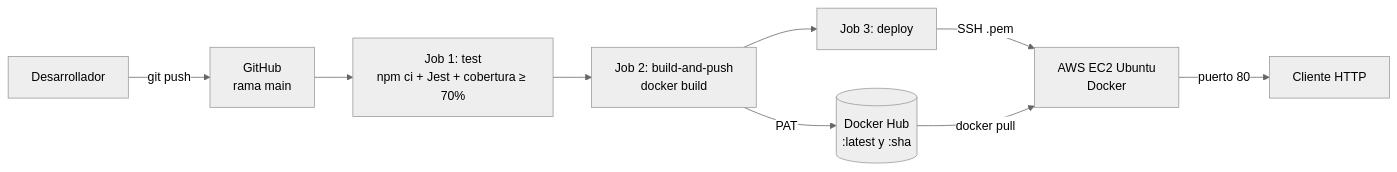
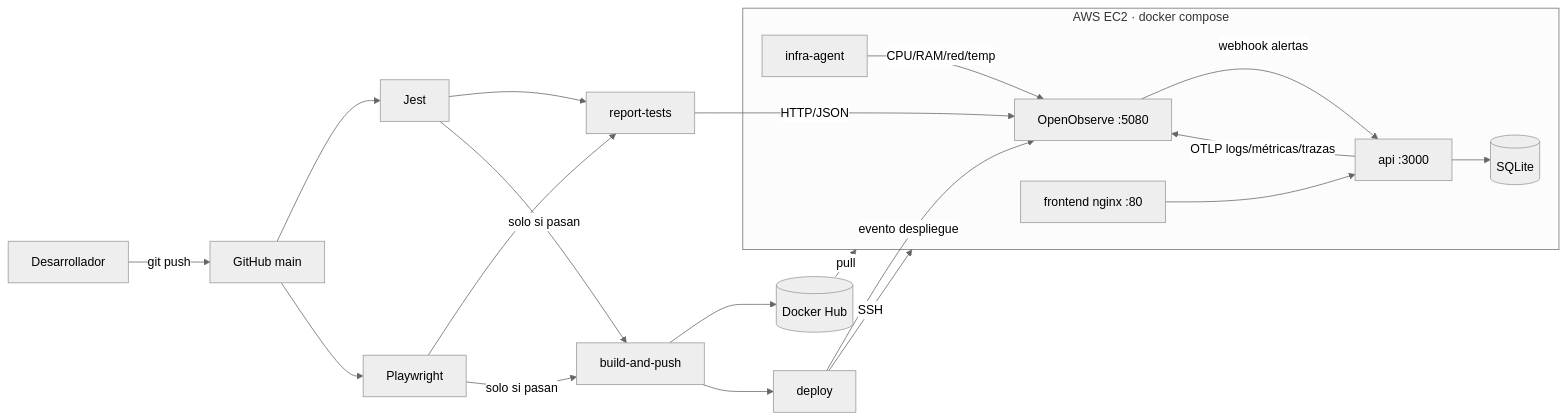
Before and after one commit to AlanLM18/proyecto: the diagram in README.md, drawn with Mermaid (neutral theme). The commit also changed other lines of this file and 41 other files, not shown here.

First line of the commit message:
Parcial 2: frontend, Playwright, OpenTelemetry y OpenObserve

````diff
--- a/README.md
+++ b/README.md
@@ -15,11 +19,16 @@
 ```mermaid
 flowchart LR
-    Dev[Desarrollador] -- git push --> GH[GitHub<br/>rama main]
-    GH --> CI[Job 1: test<br/>npm ci + Jest + cobertura ≥ 70%]
-    CI --> BP[Job 2: build-and-push<br/>docker build]
-    BP -- PAT --> DH[(Docker Hub<br/>:latest y :sha)]
-    BP --> CD[Job 3: deploy]
-    CD -- SSH .pem --> EC2[AWS EC2 Ubuntu<br/>Docker]
-    DH -- docker pull --> EC2
-    EC2 -- puerto 80 --> Usuario[Cliente HTTP]
+    Dev[Desarrollador] -- git push --> GH[GitHub main]
+    GH --> J[Jest] & P[Playwright]
+    J & P --> R[report-tests] -- HTTP/JSON --> OO
+    J & P -- solo si pasan --> B[build-and-push] --> DH[(Docker Hub)]
+    B --> D[deploy] -- SSH --> EC2
+    D -- evento despliegue --> OO
+    subgraph EC2 [AWS EC2 · docker compose]
+      FE[frontend nginx :80] --> API[api :3000] --> DB[(SQLite)]
+      API -- OTLP logs/métricas/trazas --> OO[OpenObserve :5080]
+      AG[infra-agent] -- CPU/RAM/red/temp --> OO
+      OO -- webhook alertas --> API
+    end
+    DH -- pull --> EC2
 ```
````
